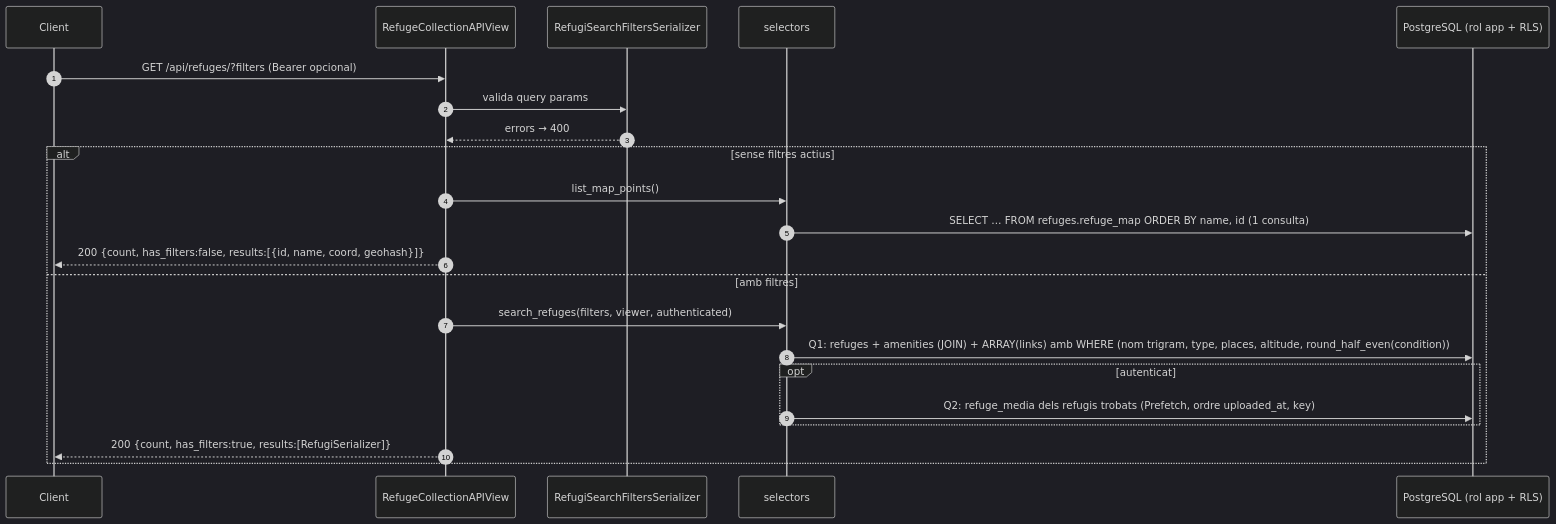
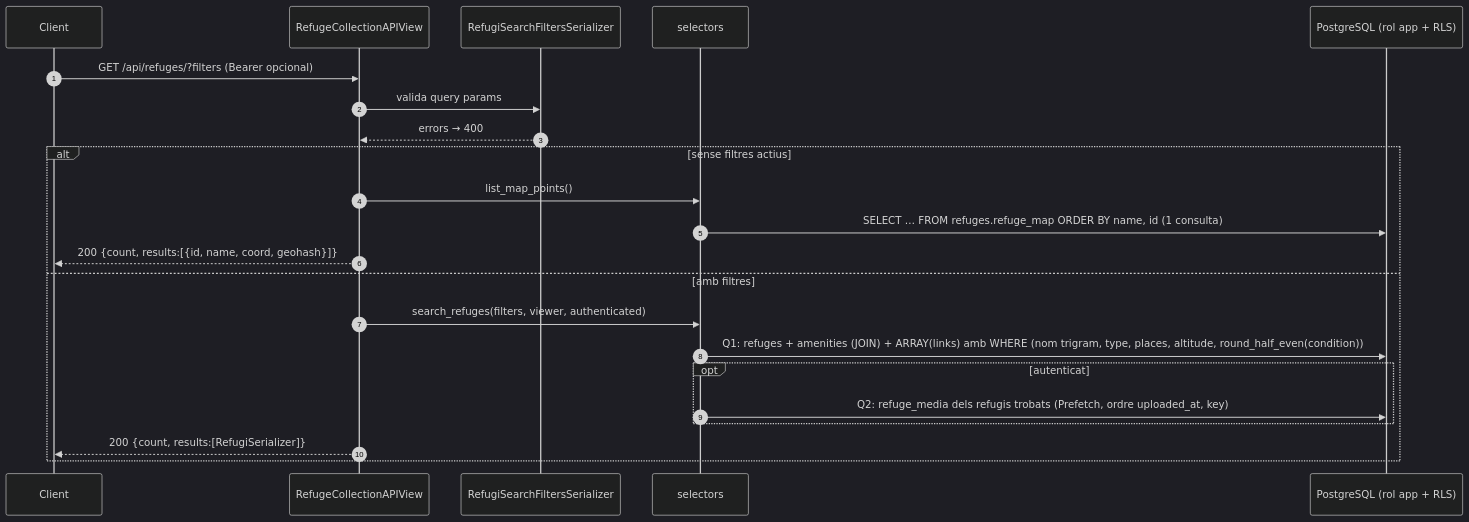
The diagram in docs/flows/04-refuge-search-detail.md (jordirev/RefugisLliures_Backend), drawn with Mermaid (dark theme) before and after one commit. The commit also changed other lines of this file and 23 other files, not shown here.

Commit message:
[Refugis] refactor: esborra extract_coords_to_firestore i verify_conditions; treu has_filters; errors 500 amb error_id (apps.core.errors)

````diff
--- a/docs/flows/04-refuge-search-detail.md
+++ b/docs/flows/04-refuge-search-detail.md
@@ -19,25 +19,25 @@
 ```mermaid
 sequenceDiagram
     autonumber
     participant C as Client
     participant V as RefugeCollectionAPIView
     participant S as RefugiSearchFiltersSerializer
     participant SEL as selectors
     participant DB as PostgreSQL (rol app + RLS)
 
     C->>V: GET /api/refuges/?filters (Bearer opcional)
     V->>S: valida query params
     S-->>V: errors → 400
     alt sense filtres actius
         V->>SEL: list_map_points()
         SEL->>DB: SELECT … FROM refuges.refuge_map ORDER BY name, id   (1 consulta)
-        V-->>C: 200 {count, has_filters:false, results:[{id, name, coord, geohash}]}
+        V-->>C: 200 {count, results:[{id, name, coord, geohash}]}
     else amb filtres
         V->>SEL: search_refuges(filters, viewer, authenticated)
         SEL->>DB: Q1: refuges + amenities (JOIN) + ARRAY(links) amb WHERE (nom trigram, type, places, altitude, round_half_even(condition))
         opt autenticat
             SEL->>DB: Q2: refuge_media dels refugis trobats (Prefetch, ordre uploaded_at, key)
         end
-        V-->>C: 200 {count, has_filters:true, results:[RefugiSerializer]}
+        V-->>C: 200 {count, results:[RefugiSerializer]}
     end
 ```
````
